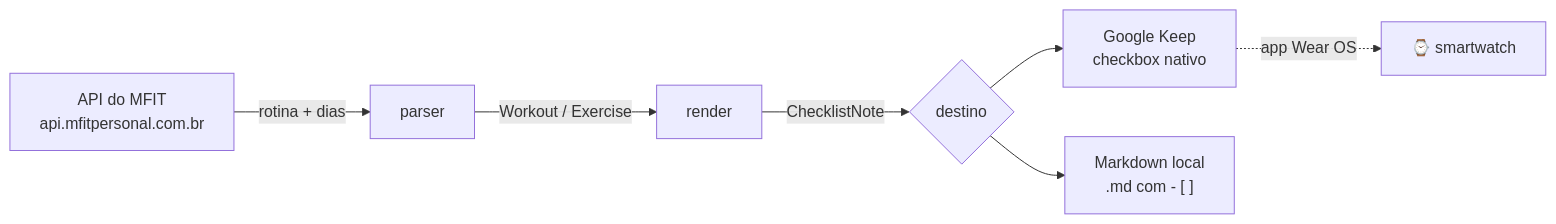
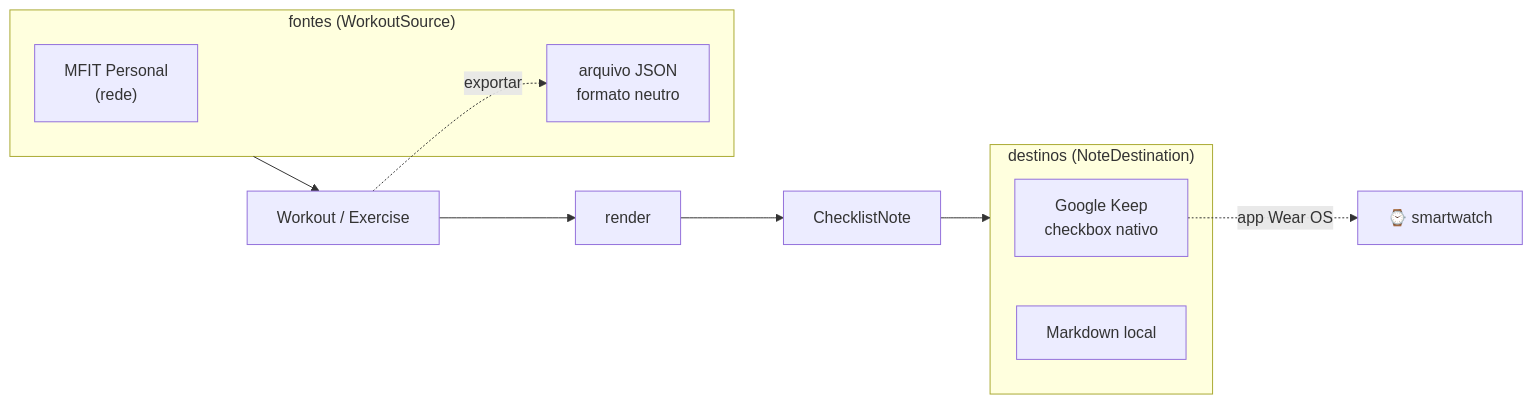
The diagram in README.md (Bruno-Mascarenhas/mfit2keep), drawn with Mermaid before and after one commit. The commit also changed other lines of this file and 21 other files, not shown here.

Commit message:
feat: abre a arquitetura para outras fontes e para o formato neutro de treino

````diff
--- a/README.md
+++ b/README.md
@@ -47,9 +48,17 @@
 ```mermaid
 flowchart LR
-    A["API do MFIT<br/>api.mfitpersonal.com.br"] -->|rotina + dias| B["parser"]
-    B -->|Workout / Exercise| C["render"]
-    C -->|ChecklistNote| D{"destino"}
-    D --> E["Google Keep<br/>checkbox nativo"]
-    D --> F["Markdown local<br/>.md com - [ ]"]
-    E -.->|app Wear OS| G["⌚ smartwatch"]
+    subgraph fontes["fontes (WorkoutSource)"]
+        M["MFIT Personal<br/>(rede)"]
+        J["arquivo JSON<br/>formato neutro"]
+    end
+    fontes --> W["Workout / Exercise"]
+    W --> R["render"]
+    W -.->|exportar| J
+    R --> N["ChecklistNote"]
+    subgraph destinos["destinos (NoteDestination)"]
+        K["Google Keep<br/>checkbox nativo"]
+        L["Markdown local"]
+    end
+    N --> destinos
+    K -.->|app Wear OS| S["⌚ smartwatch"]
 ```
````
